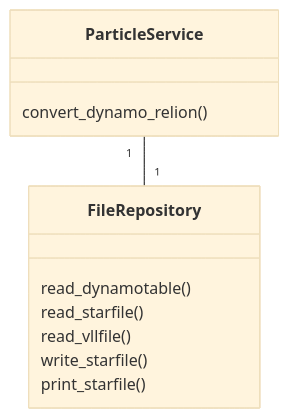
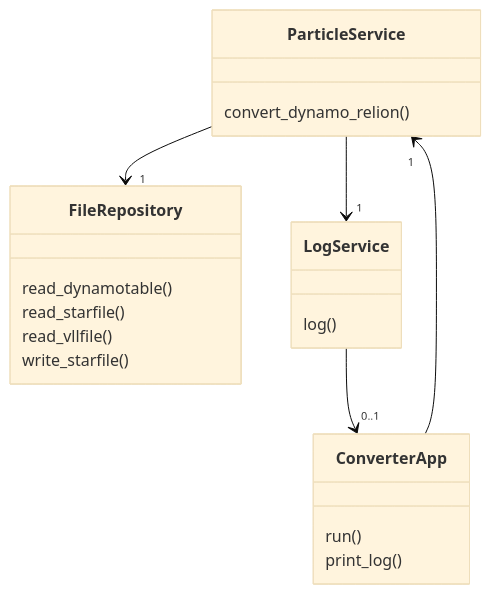
The diagram in dokumentaatio/arkkitehtuuri.md (lainahai/ot-harjoitustyo), drawn with Mermaid (base theme) before and after one commit. The commit also changed 8 other files, not shown here.

Commit message:
LogService ja lisätty tulostusmahdollisuus käyttöliittymään

````diff
--- a/dokumentaatio/arkkitehtuuri.md
+++ b/dokumentaatio/arkkitehtuuri.md
@@ -1,14 +1,23 @@
 ```mermaid
  classDiagram
-    ParticleService "1" -- "1" FileRepository
+    ParticleService --> "1" FileRepository
+    ParticleService --> "1" LogService
+    LogService --> "0..1" ConverterApp
+    ConverterApp --> "1" ParticleService
     class ParticleService{
         convert_dynamo_relion()
     }
     class FileRepository{
         read_dynamotable()
         read_starfile()
         read_vllfile()
         write_starfile()
-        print_starfile()
+    }
+    class LogService{
+        log()
+    }
+    class ConverterApp{
+        run()
+        print_log()
     }
 ```
````
